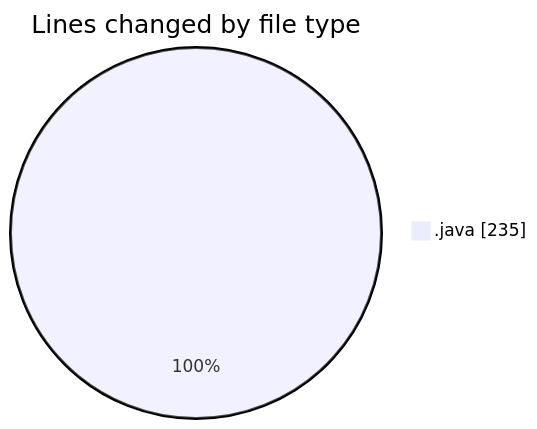
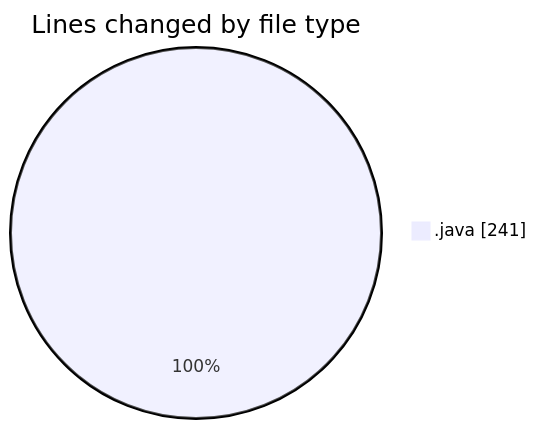
Before and after one commit to NitaiMahat/code-tracking: the first of 2 diagrams in 2025-02-24/startfiles/README.md, drawn with Mermaid. The commit also changed other lines of this file and 1 other file, not shown here.

````diff
--- a/2025-02-24/startfiles/README.md
+++ b/2025-02-24/startfiles/README.md
@@ -21,5 +21,5 @@
 ```mermaid
 pie showData
 title Lines changed by file type
-".java" : 235
+".java" : 241
 ```
````
